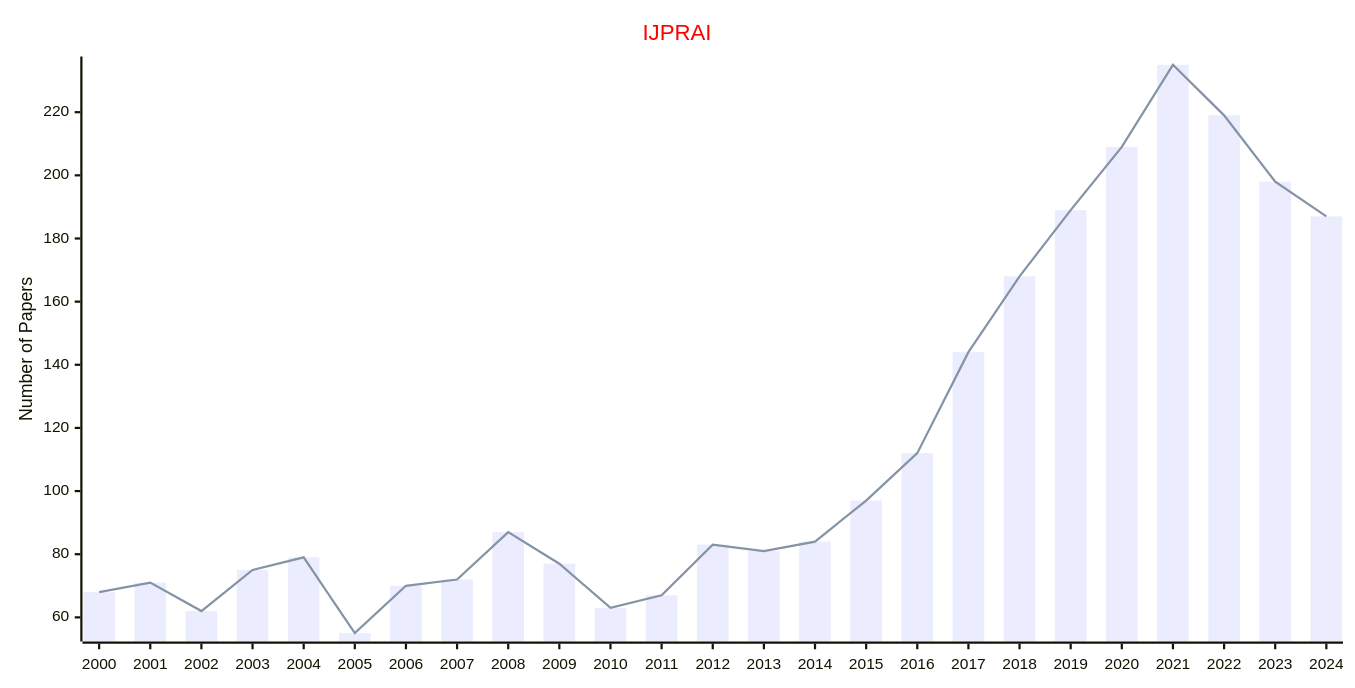
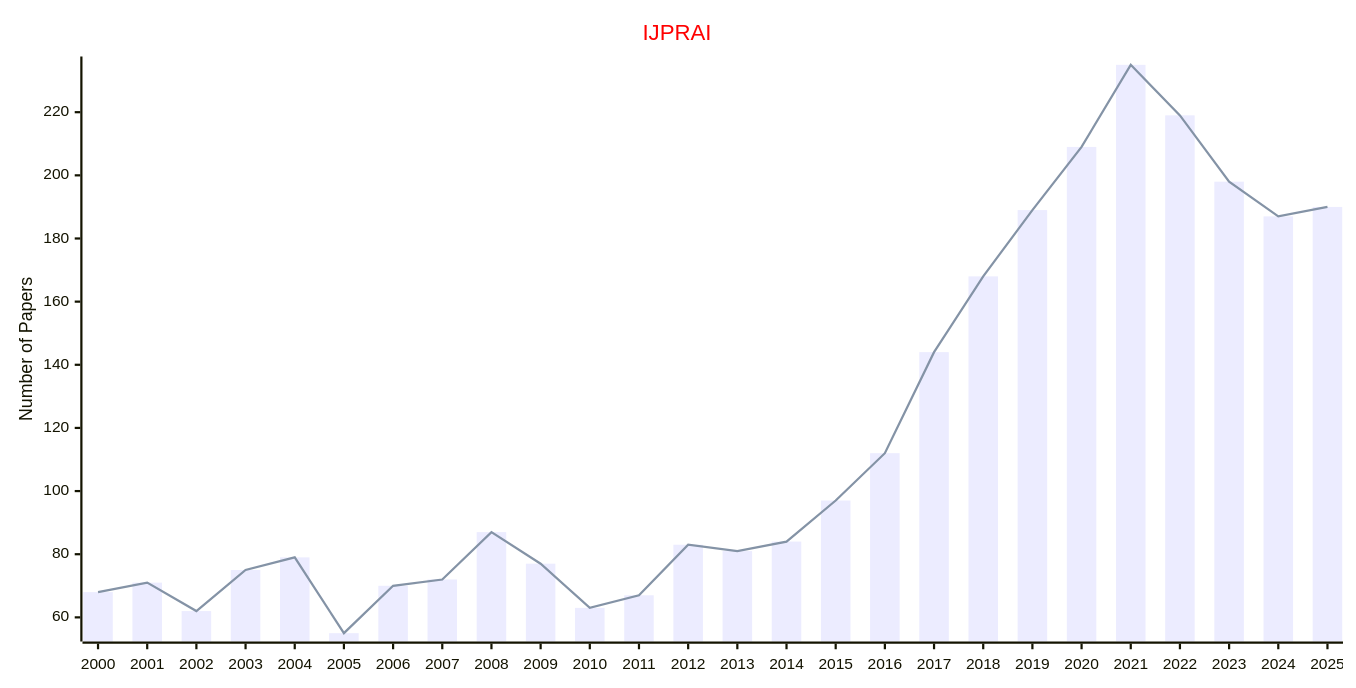
One commit to Easy-PhD/AILinks changed the diagram in docs/data/Journals/Statistics_Journals/Pattern_Recognition.md. Above: the diagram before and after it, drawn with Mermaid. The commit also changed 93 other files, not shown here.

````diff
--- a/docs/data/Journals/Statistics_Journals/Pattern_Recognition.md
+++ b/docs/data/Journals/Statistics_Journals/Pattern_Recognition.md
@@ -9,17 +9,17 @@
 ```mermaid
 ---
 config:
     xyChart:
         width: 1200
         height: 600
     themeVariables:
         xyChart:
             titleColor: "#ff0000"
 ---
 xychart-beta
     title "IJPRAI"
-    x-axis [2000, 2001, 2002, 2003, 2004, 2005, 2006, 2007, 2008, 2009, 2010, 2011, 2012, 2013, 2014, 2015, 2016, 2017, 2018, 2019, 2020, 2021, 2022, 2023, 2024]
+    x-axis [2000, 2001, 2002, 2003, 2004, 2005, 2006, 2007, 2008, 2009, 2010, 2011, 2012, 2013, 2014, 2015, 2016, 2017, 2018, 2019, 2020, 2021, 2022, 2023, 2024, 2025]
     y-axis "Number of Papers"
-    bar [68, 71, 62, 75, 79, 55, 70, 72, 87, 77, 63, 67, 83, 81, 84, 97, 112, 144, 168, 189, 209, 235, 219, 198, 187]
-    line [68, 71, 62, 75, 79, 55, 70, 72, 87, 77, 63, 67, 83, 81, 84, 97, 112, 144, 168, 189, 209, 235, 219, 198, 187]
+    bar [68, 71, 62, 75, 79, 55, 70, 72, 87, 77, 63, 67, 83, 81, 84, 97, 112, 144, 168, 189, 209, 235, 219, 198, 187, 190]
+    line [68, 71, 62, 75, 79, 55, 70, 72, 87, 77, 63, 67, 83, 81, 84, 97, 112, 144, 168, 189, 209, 235, 219, 198, 187, 190]
 ```
````
